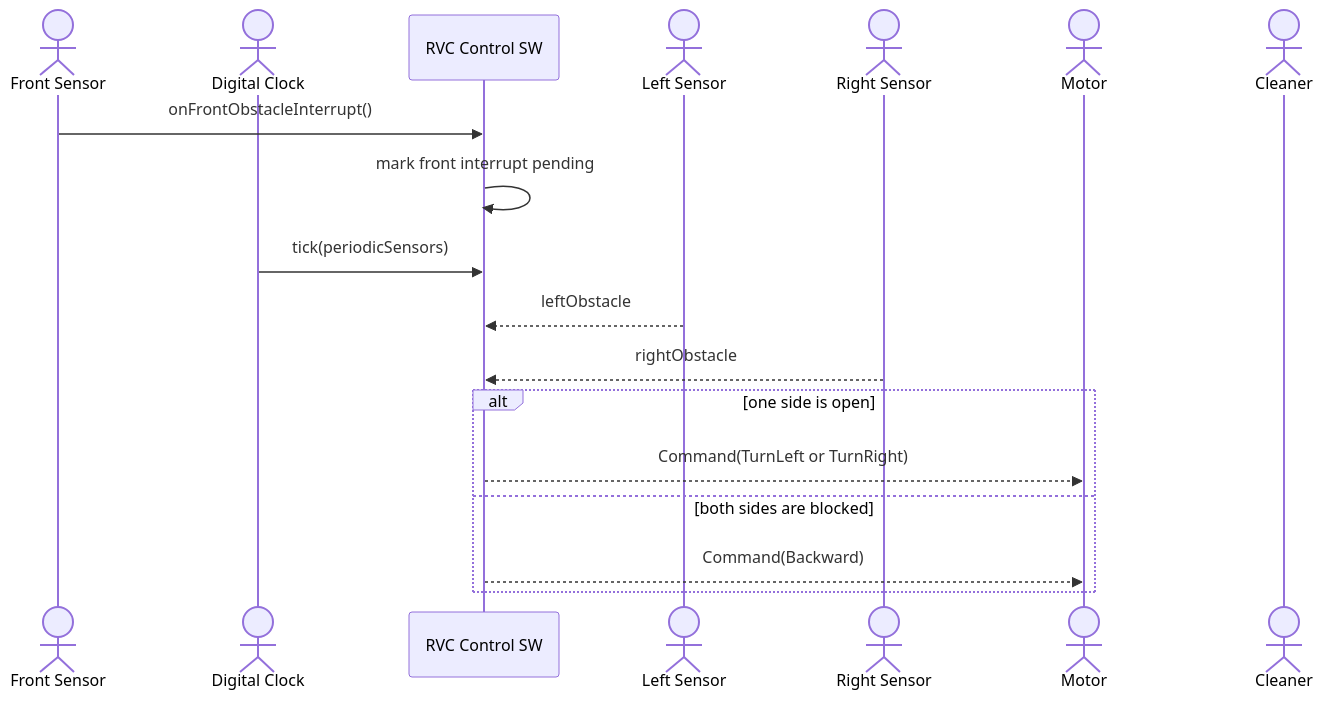
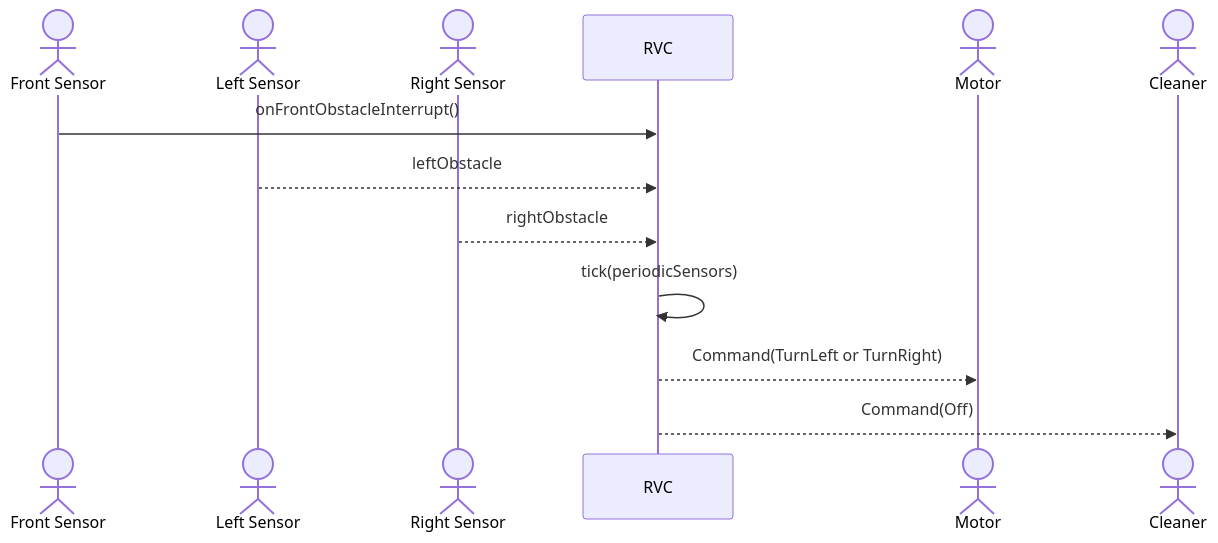
The third of 6 diagrams in docs/ooa_ssd.md (reload02/ooad-vibe), drawn with Mermaid before and after one commit. The commit also changed other lines of this file and 18 other files, not shown here.

First line of the commit message:
Refactor RVC architecture to enhance modularity and maintainability

````diff
--- a/docs/ooa_ssd.md
+++ b/docs/ooa_ssd.md
@@ -45,21 +35,16 @@
 ```mermaid
 sequenceDiagram
     actor FrontSensor as Front Sensor
-    actor Clock as Digital Clock
-    participant System as RVC Control SW
     actor LeftSensor as Left Sensor
     actor RightSensor as Right Sensor
+    participant RVC as RVC
     actor Motor
     actor Cleaner
 
-    FrontSensor->>System: onFrontObstacleInterrupt()
-    System->>System: mark front interrupt pending
-    Clock->>System: tick(periodicSensors)
-    LeftSensor-->>System: leftObstacle
-    RightSensor-->>System: rightObstacle
-    alt one side is open
-        System-->>Motor: Command(TurnLeft or TurnRight)
-    else both sides are blocked
-        System-->>Motor: Command(Backward)
-    end
+    FrontSensor->>RVC: onFrontObstacleInterrupt()
+    LeftSensor-->>RVC: leftObstacle
+    RightSensor-->>RVC: rightObstacle
+    RVC->>RVC: tick(periodicSensors)
+    RVC-->>Motor: Command(TurnLeft or TurnRight)
+    RVC-->>Cleaner: Command(Off)
 ```
````
